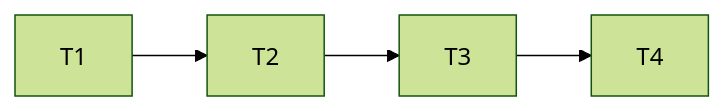
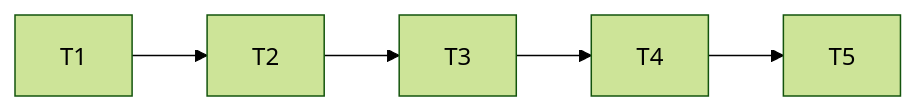
Before and after one commit to romulosutil/crm-silmer: the diagram in .specs/features/order-timeline/tasks.md, drawn with Mermaid (forest theme). The commit also changed other lines of this file and 2 other files, not shown here.

Commit message:
fix(orders): simplify timeline details controls [DTL-T05]

````diff
--- a/.specs/features/order-timeline/tasks.md
+++ b/.specs/features/order-timeline/tasks.md
@@ -29,6 +29,7 @@
 ```mermaid
 flowchart LR
   T1 --> T2
   T2 --> T3
   T3 --> T4
+  T4 --> T5
 ```
````
